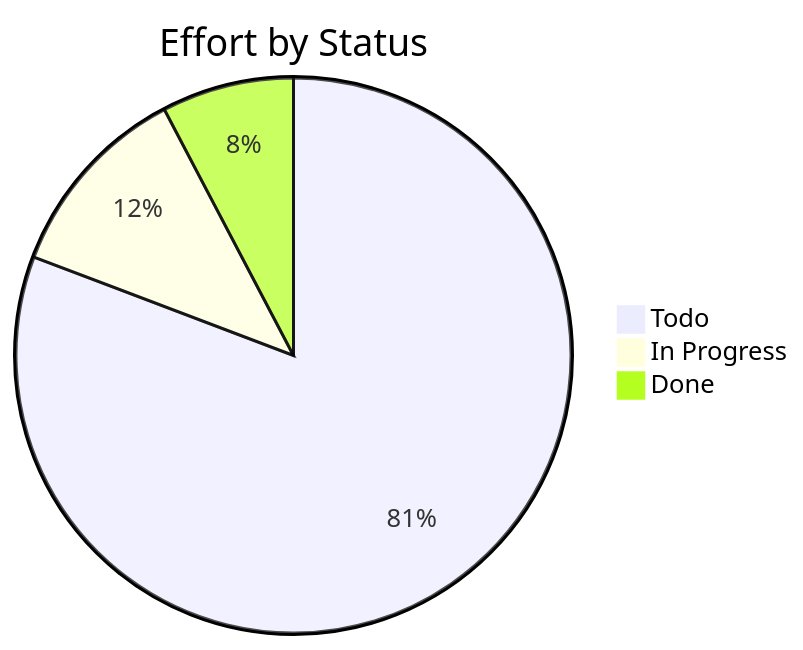
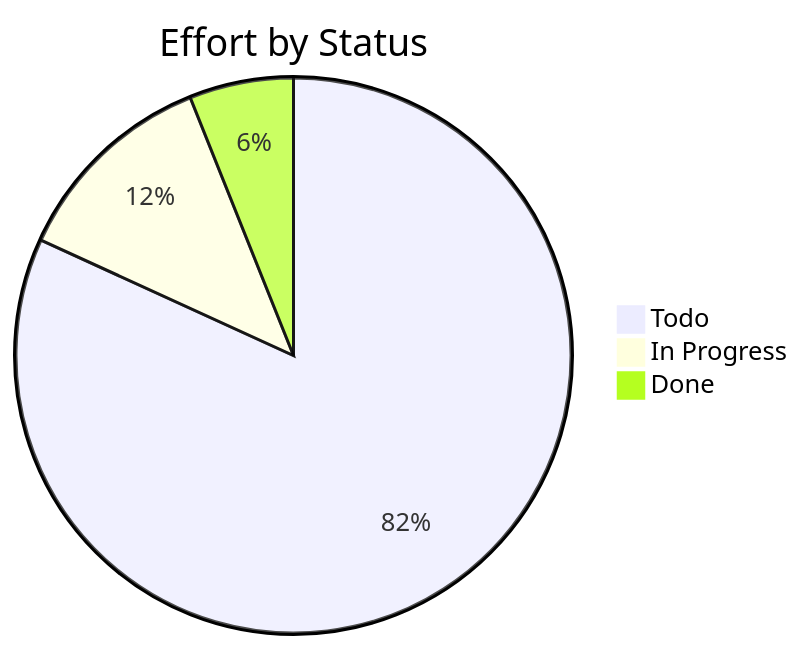
One commit to Katty-Fashion/kf-cpto changed the third of 3 diagrams in docs/_projects/AIRise-ai-fabric-inspection.md. Above: the diagram before and after it, drawn with Mermaid. The commit also changed other lines of this file and 10 other files, not shown here.

````diff
--- a/docs/_projects/AIRise-ai-fabric-inspection.md
+++ b/docs/_projects/AIRise-ai-fabric-inspection.md
@@ -110,6 +125,6 @@
 ```mermaid
 pie title Effort by Status
-    "Todo" : 21.0
-    "In Progress" : 3.0
+    "Todo" : 27.0
+    "In Progress" : 4.0
     "Done" : 2.0
 ```
````
